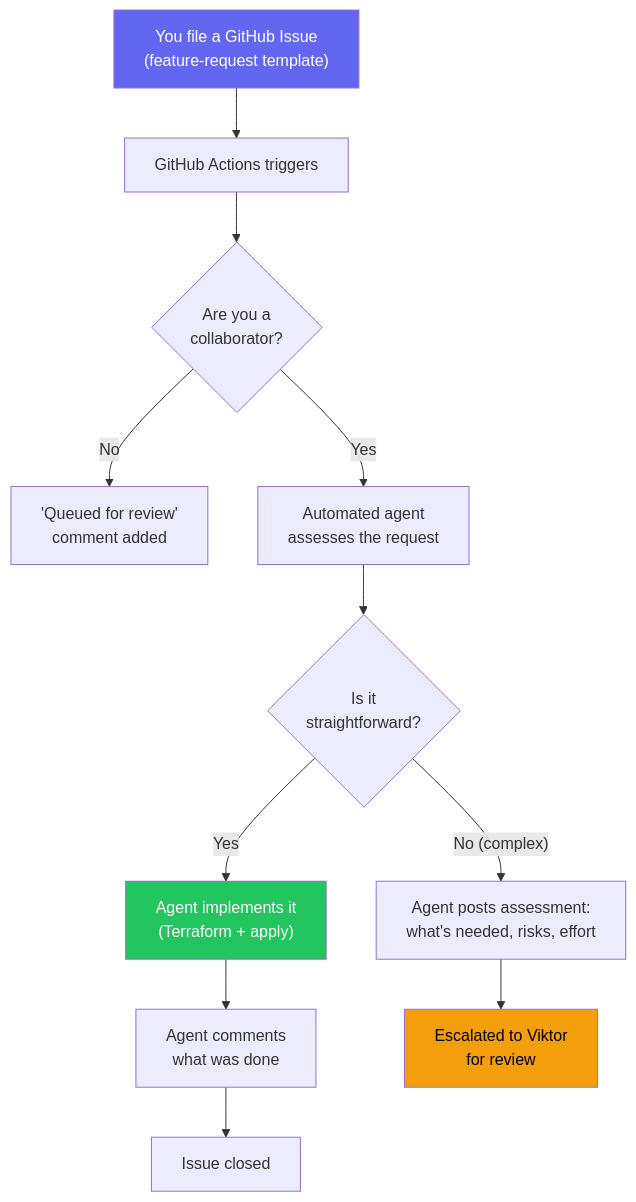
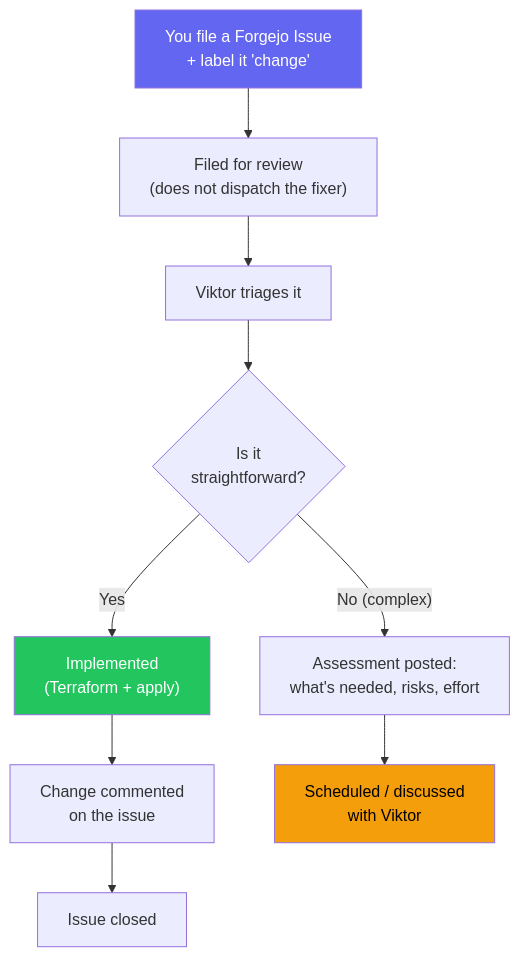
Before and after one commit to ViktorBarzin/infra: the second of 3 diagrams in docs/architecture/incident-response.md, drawn with Mermaid. The commit also changed other lines of this file, not shown here.

````diff
--- a/docs/architecture/incident-response.md
+++ b/docs/architecture/incident-response.md
@@ -95,17 +94,15 @@
 ```mermaid
 flowchart TD
-    A["You file a GitHub Issue<br/>(feature-request template)"] --> B["GitHub Actions triggers"]
-    B --> C{Are you a<br/>collaborator?}
-    C -->|No| D["'Queued for review'<br/>comment added"]
-    C -->|Yes| E["Automated agent<br/>assesses the request"]
-    E --> F{Is it<br/>straightforward?}
-    F -->|"Yes"| G["Agent implements it<br/>(Terraform + apply)"]
-    G --> H["Agent comments<br/>what was done"]
+    A["You file a Forgejo Issue<br/>+ label it 'change'"] --> B["Filed for review<br/>(does not dispatch the fixer)"]
+    B --> C["Viktor triages it"]
+    C --> F{Is it<br/>straightforward?}
+    F -->|"Yes"| G["Implemented<br/>(Terraform + apply)"]
+    G --> H["Change commented<br/>on the issue"]
     H --> I["Issue closed"]
-    F -->|"No (complex)"| J["Agent posts assessment:<br/>what's needed, risks, effort"]
-    J --> K["Escalated to Viktor<br/>for review"]
+    F -->|"No (complex)"| J["Assessment posted:<br/>what's needed, risks, effort"]
+    J --> K["Scheduled / discussed<br/>with Viktor"]
 
     style A fill:#6366f1,color:#fff
     style G fill:#22c55e,color:#fff
     style K fill:#f59e0b,color:#000
 ```
````
